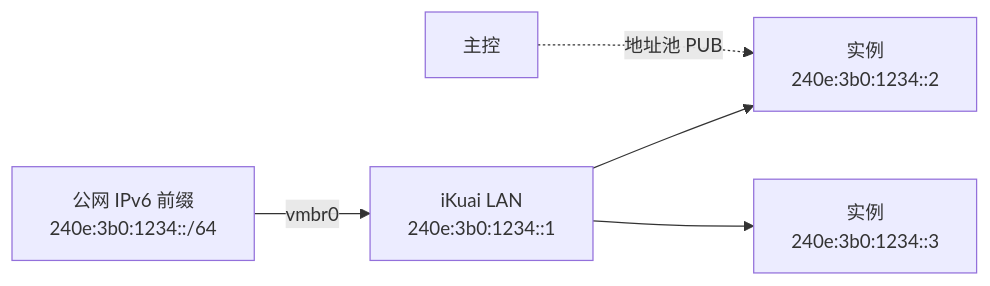
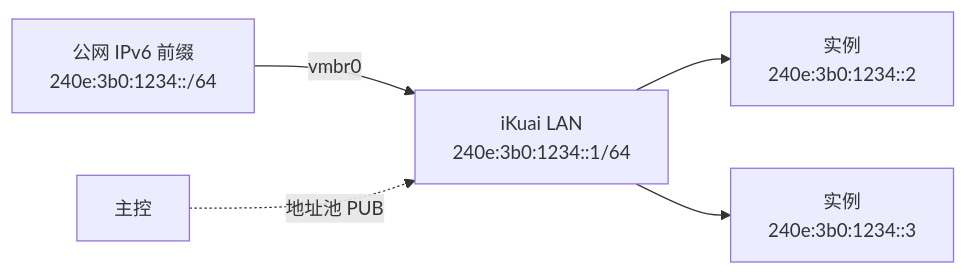
The first of 2 diagrams in docs/2-deploy/3-network/2-ipv6.md (OpenIDCSTeam/Documents), drawn with Mermaid before and after one commit. The commit also changed other lines of this file, not shown here.

Commit message:
docs(deploy): IPv6 补前缀分配方式与主控/爱快支持范围

````diff
--- a/docs/2-deploy/3-network/2-ipv6.md
+++ b/docs/2-deploy/3-network/2-ipv6.md
@@ -9,8 +9,8 @@
 ```mermaid
 %%{init: {'themeVariables': {'fontSize': '15px'}}}%%
 flowchart LR
-    W["公网 IPv6 前缀<br/>240e:3b0:1234::/64"] -->|"vmbr0"| K["iKuai LAN<br/>240e:3b0:1234::1"]
+    W["公网 IPv6 前缀<br/>240e:3b0:1234::/64"] -->|"vmbr0"| K["iKuai LAN<br/>240e:3b0:1234::1/64"]
     K --> V1["实例<br/>240e:3b0:1234::2"]
     K --> V2["实例<br/>240e:3b0:1234::3"]
-    C["主控"] -.->|"地址池 PUB"| V1
+    C["主控"] -.->|"地址池 PUB"| K
 ```
````
